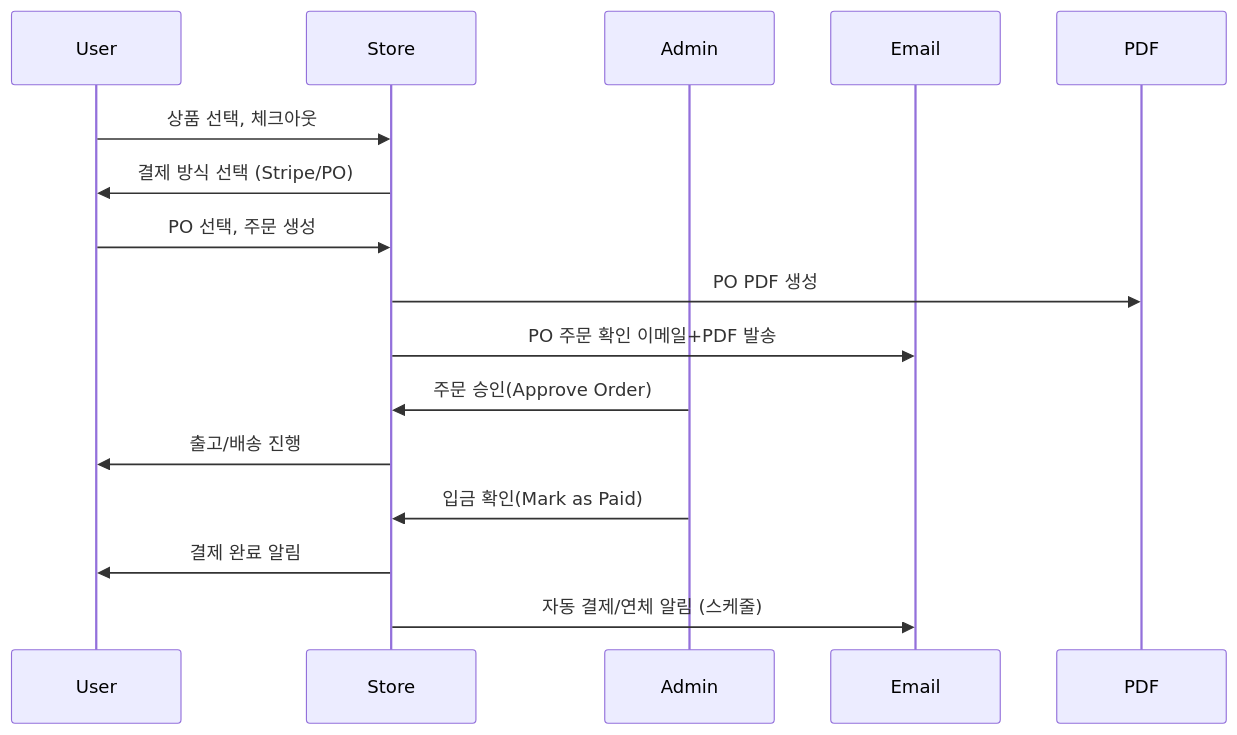
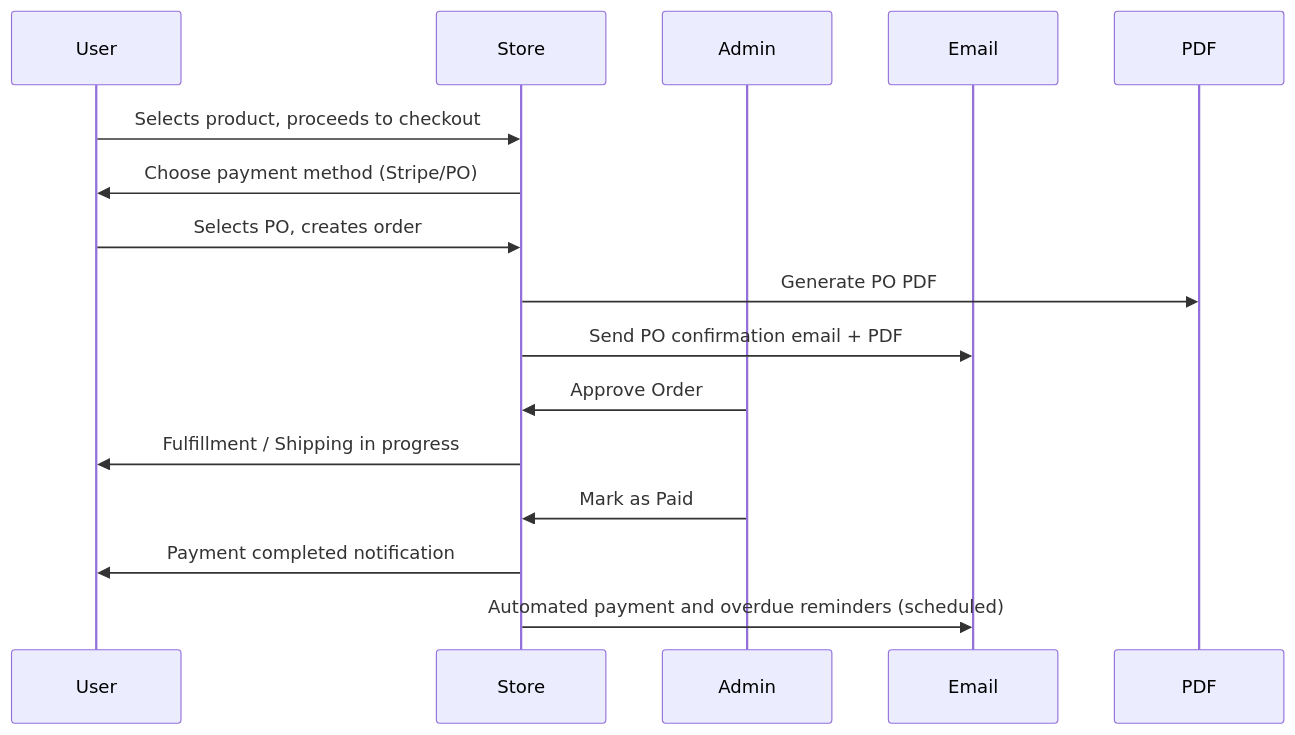
One commit to kimgyver/ecommerce-store changed the diagram in README.md. Above: the diagram before and after it, drawn with Mermaid. The commit also changed 1 other file, not shown here.

Commit message:
Documentation

````diff
--- a/README.md
+++ b/README.md
@@ -112,19 +112,19 @@
 ```mermaid
 sequenceDiagram
    participant User
    participant Store
    participant Admin
    participant Email
    participant PDF
 
-   User->>Store: 상품 선택, 체크아웃
-   Store->>User: 결제 방식 선택 (Stripe/PO)
-   User->>Store: PO 선택, 주문 생성
-   Store->>PDF: PO PDF 생성
-   Store->>Email: PO 주문 확인 이메일+PDF 발송
-   Admin->>Store: 주문 승인(Approve Order)
-   Store->>User: 출고/배송 진행
-   Admin->>Store: 입금 확인(Mark as Paid)
-   Store->>User: 결제 완료 알림
-   Store->>Email: 자동 결제/연체 알림 (스케줄)
+   User->>Store: Selects product, proceeds to checkout
+   Store->>User: Choose payment method (Stripe/PO)
+   User->>Store: Selects PO, creates order
+   Store->>PDF: Generate PO PDF
+   Store->>Email: Send PO confirmation email + PDF
+   Admin->>Store: Approve Order
+   Store->>User: Fulfillment / Shipping in progress
+   Admin->>Store: Mark as Paid
+   Store->>User: Payment completed notification
+   Store->>Email: Automated payment and overdue reminders (scheduled)
 ```
````
